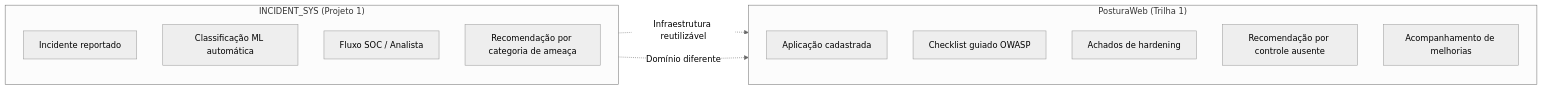
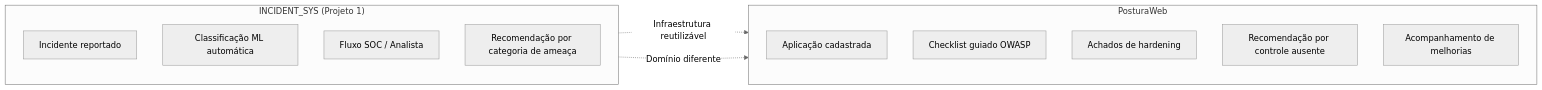
Before and after one commit to secureforgeweb/secureforgeweb: the first of 3 diagrams in secureforgeweb_web/docs/GUIA_IMPLEMENTACAO.md, drawn with Mermaid (neutral theme). The commit also changed other lines of this file and 16 other files, not shown here.

````diff
--- a/secureforgeweb_web/docs/GUIA_IMPLEMENTACAO.md
+++ b/secureforgeweb_web/docs/GUIA_IMPLEMENTACAO.md
@@ -66,20 +66,20 @@
 ```mermaid
 flowchart LR
     subgraph P1["INCIDENT_SYS (Projeto 1)"]
         I1[Incidente reportado]
         ML[Classificação ML automática]
         SOC[Fluxo SOC / Analista]
         R1[Recomendação por categoria de ameaça]
     end
 
-    subgraph P2["PosturaWeb (Trilha 1)"]
+    subgraph P2["PosturaWeb"]
         A1[Aplicação cadastrada]
         CHK[Checklist guiado OWASP]
         ACH[Achados de hardening]
         R2[Recomendação por controle ausente]
         PROG[Acompanhamento de melhorias]
     end
 
     P1 -.->|Infraestrutura reutilizável| P2
     P1 -.->|Domínio diferente| P2
 ```
````
